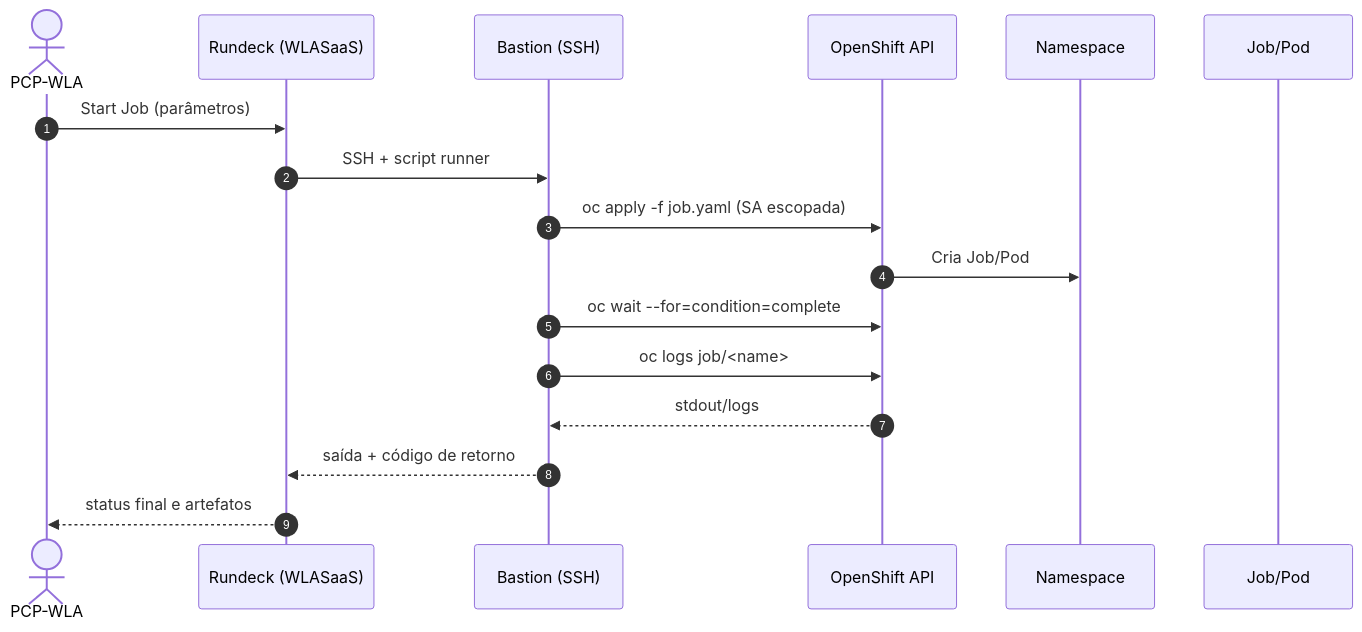
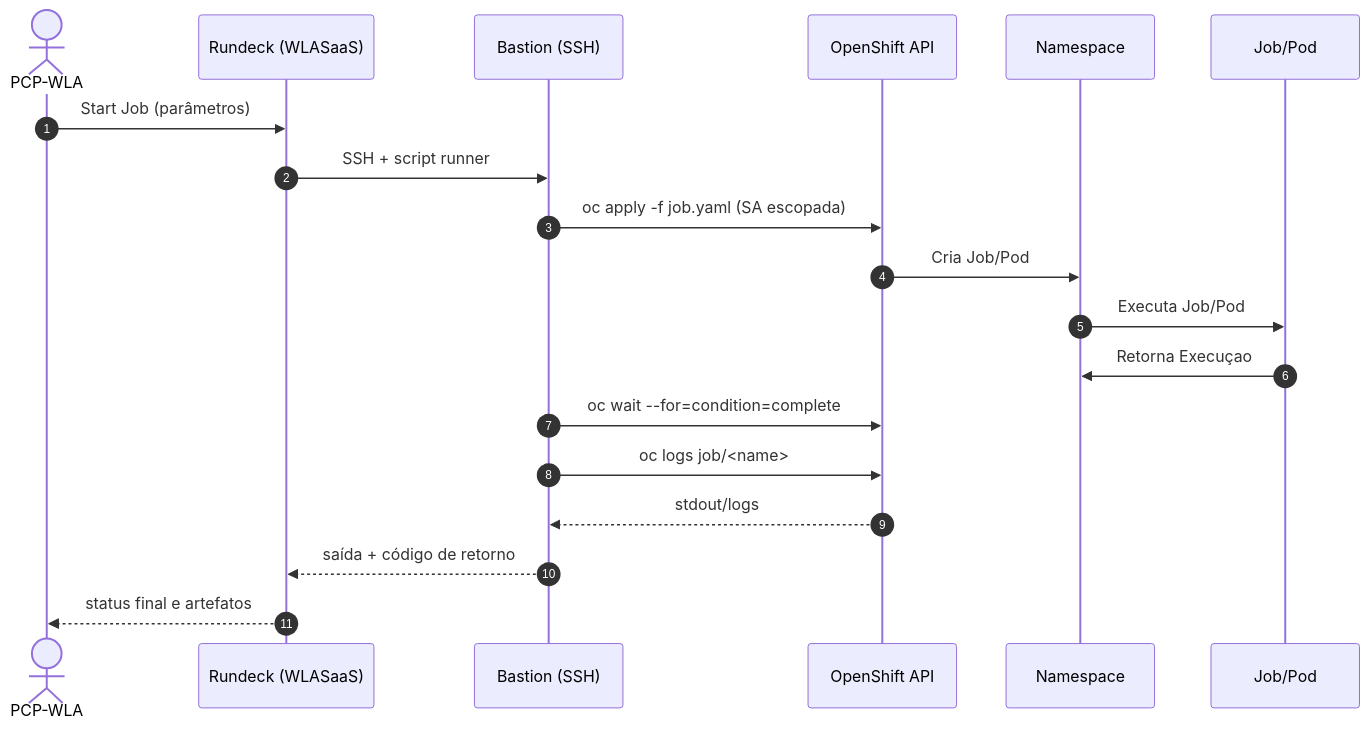
Before and after one commit to mbenedicto99/CTM_OCP: the second of 3 diagrams in README.md, drawn with Mermaid.

Commit message:
WLASaaS->OCP 20250912-123755

````diff
--- a/README.md
+++ b/README.md
@@ -38,20 +38,22 @@
 ```mermaid
 sequenceDiagram
   autonumber
   actor U as PCP-WLA
   participant RD as Rundeck (WLASaaS)
   participant BAS as Bastion (SSH)
   participant API as OpenShift API
   participant NS as Namespace
   participant POD as Job/Pod
 
   U->>RD: Start Job (parâmetros)
   RD->>BAS: SSH + script runner
   BAS->>API: oc apply -f job.yaml (SA escopada)
   API->>NS: Cria Job/Pod
+  NS->>POD: Executa Job/Pod
+  POD->>NS: Retorna Execuçao
   BAS->>API: oc wait --for=condition=complete
   BAS->>API: oc logs job/<name>
   API-->>BAS: stdout/logs
   BAS-->>RD: saída + código de retorno
   RD-->>U: status final e artefatos
 ```
````
